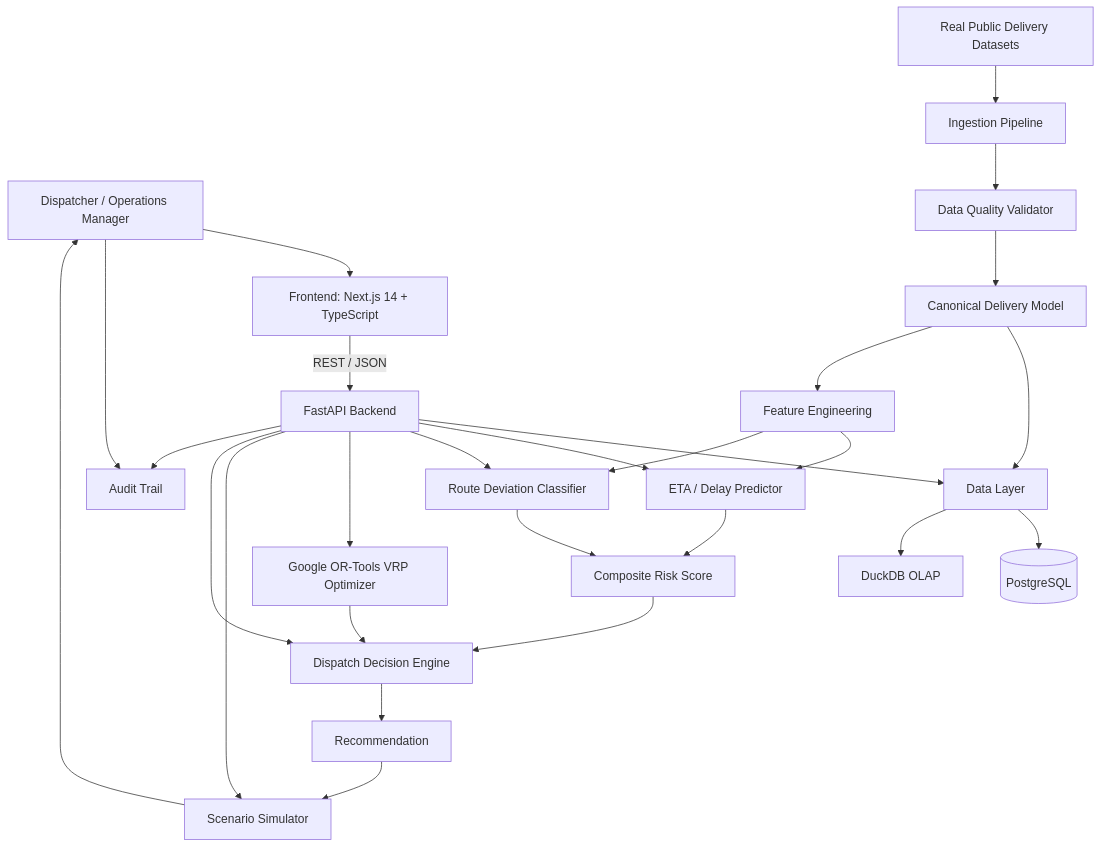
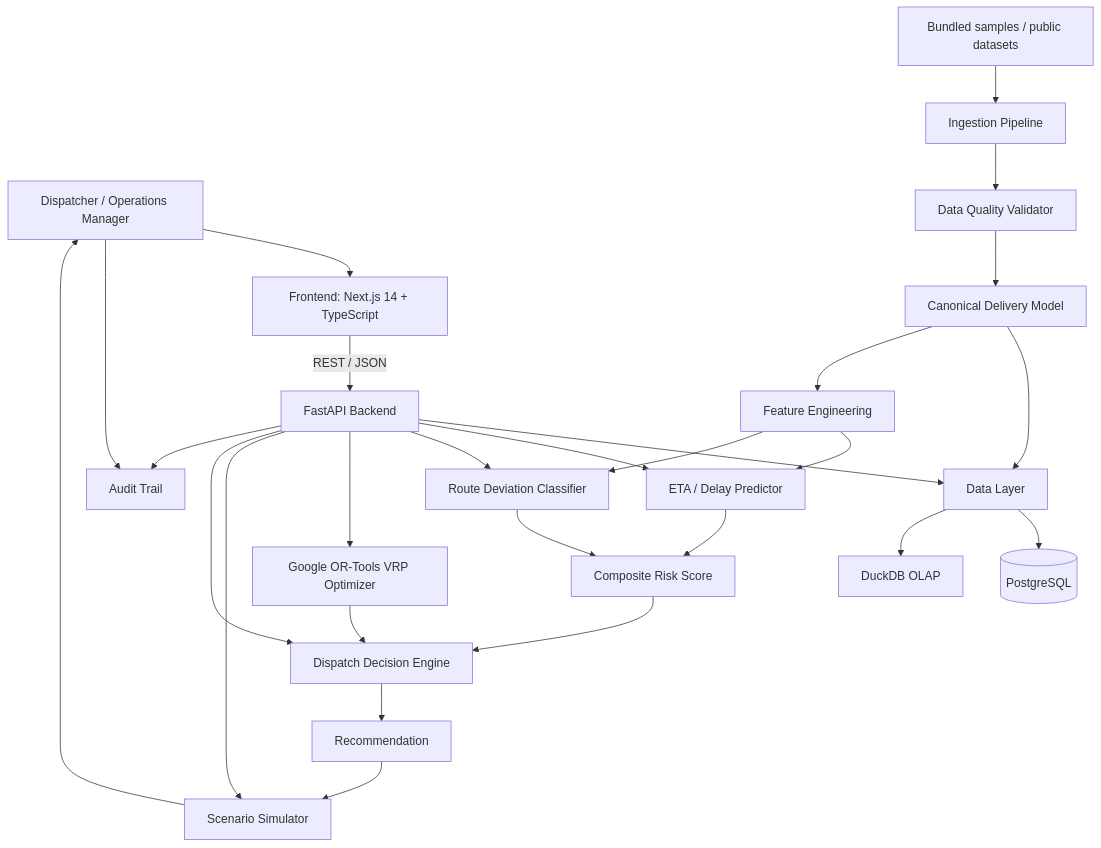
Before and after one commit to omkark2404/Pathfinder--AI-Powered-Last-Mile-Delivery-Decision-Intelligence: the diagram in README.md, drawn with Mermaid. The commit also changed other lines of this file and 50 other files, not shown here.

````diff
--- a/README.md
+++ b/README.md
@@ -65,33 +67,33 @@
 ```mermaid
 flowchart TB
     USER[Dispatcher / Operations Manager]
     USER --> FE[Frontend: Next.js 14 + TypeScript]
     FE -->|REST / JSON| API[FastAPI Backend]
 
     API --> DATA[Data Layer]
     API --> ETA[ETA / Delay Predictor]
     API --> DEV[Route Deviation Classifier]
     API --> OPT[Google OR-Tools VRP Optimizer]
     API --> SIM[Scenario Simulator]
     API --> DEC[Dispatch Decision Engine]
     API --> AUDIT[Audit Trail]
 
     DATA --> PG[(PostgreSQL)]
     DATA --> DUCK[DuckDB OLAP]
 
-    RAW[Real Public Delivery Datasets] --> ING[Ingestion Pipeline]
+    RAW[Bundled samples / public datasets] --> ING[Ingestion Pipeline]
     ING --> VAL[Data Quality Validator]
     VAL --> CAN[Canonical Delivery Model]
     CAN --> DATA
     CAN --> FEAT[Feature Engineering]
     FEAT --> ETA
     FEAT --> DEV
     ETA --> RISK[Composite Risk Score]
     DEV --> RISK
     RISK --> DEC
     OPT --> DEC
     DEC --> ACTION[Recommendation]
     ACTION --> SIM
     SIM --> USER
     USER --> AUDIT
 ```
````
